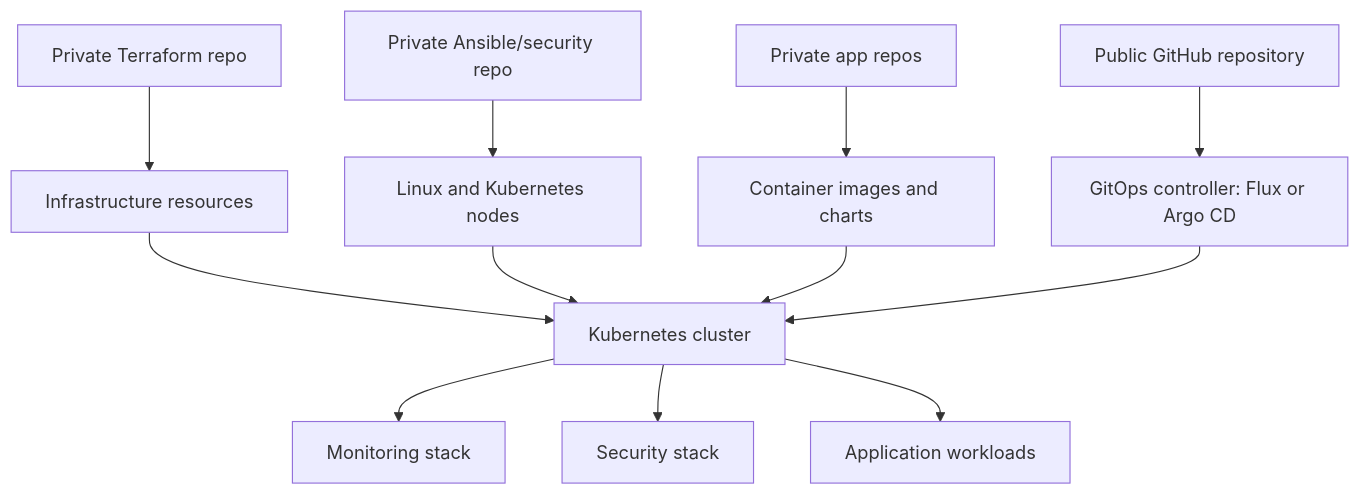
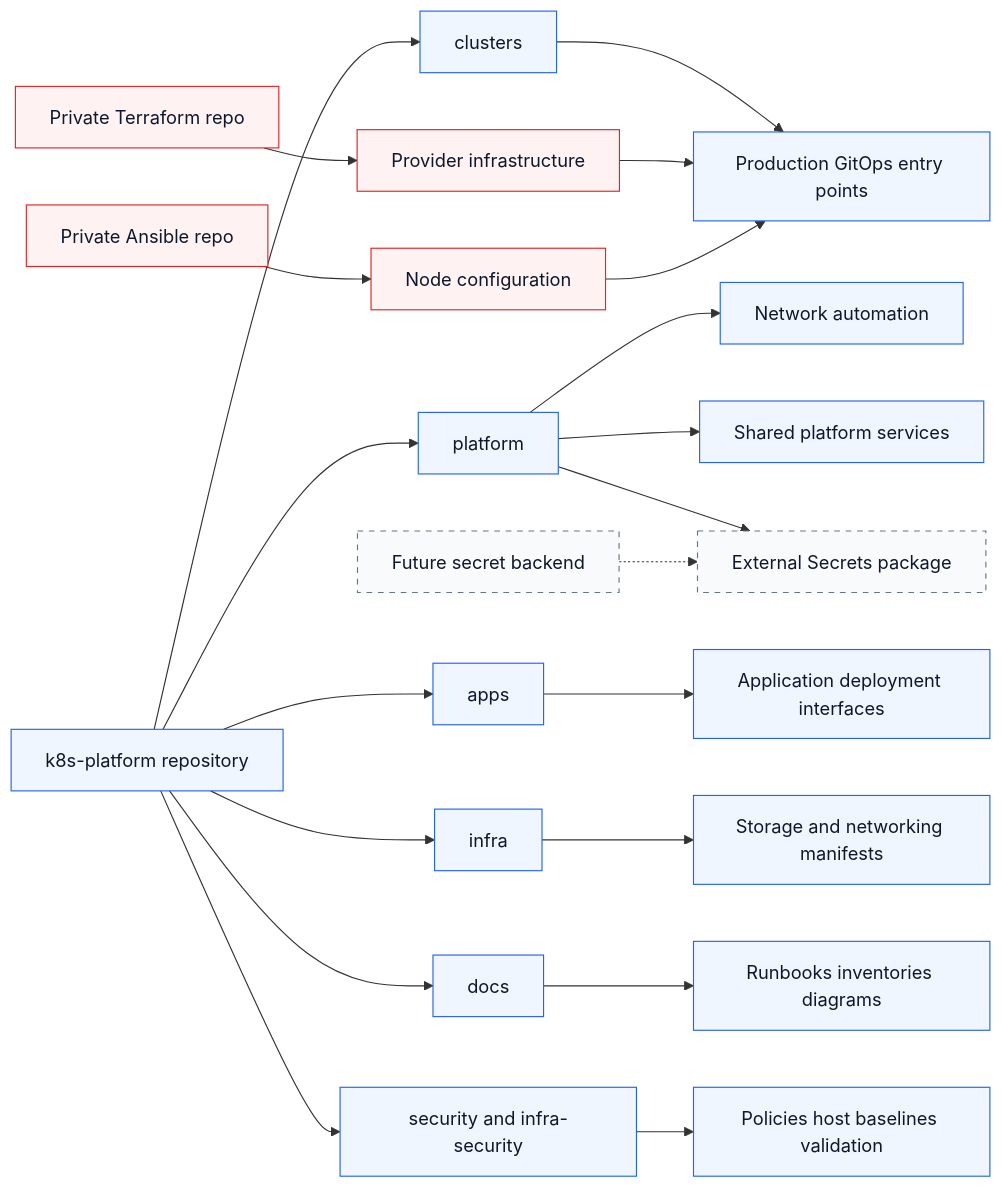
The second of 3 diagrams in docs/diagrams/platform-architecture.md (TheDivine/k8s-platform), drawn with Mermaid before and after one commit. The commit also changed other lines of this file and 14 other files, not shown here.

Commit message:
docs: consolidate platform architecture and runbooks

````diff
--- a/docs/diagrams/platform-architecture.md
+++ b/docs/diagrams/platform-architecture.md
@@ -5,21 +70,34 @@
 ```mermaid
-flowchart TB
-    github[Public GitHub repository]
-    privateTf[Private Terraform repo]
-    privateAnsible[Private Ansible/security repo]
-    privateApps[Private app repos]
+flowchart LR
+    repo[k8s-platform repository]
 
-    github --> gitops[GitOps controller: Flux or Argo CD]
-    privateTf --> infra[Infrastructure resources]
-    privateAnsible --> nodes[Linux and Kubernetes nodes]
-    privateApps --> images[Container images and charts]
+    repo --> clusters[clusters]
+    repo --> platform[platform]
+    repo --> apps[apps]
+    repo --> infra[infra]
+    repo --> docs[docs]
+    repo --> security[security and infra-security]
 
-    infra --> cluster[Kubernetes cluster]
-    nodes --> cluster
-    images --> cluster
-    gitops --> cluster
+    clusters --> entry[Production GitOps entry points]
+    platform --> network[Network automation]
+    platform --> shared[Shared platform services]
+    platform --> secretplan[External Secrets package]
+    apps --> workloads[Application deployment interfaces]
+    infra --> adjacent[Storage and networking manifests]
+    docs --> runbooks[Runbooks inventories diagrams]
+    security --> controls[Policies host baselines validation]
 
-    cluster --> monitoring[Monitoring stack]
-    cluster --> security[Security stack]
-    cluster --> workloads[Application workloads]
+    privateTf[Private Terraform repo] --> provider[Provider infrastructure]
+    privateAnsible[Private Ansible repo] --> nodes[Node configuration]
+    secretBackend[Future secret backend] -.-> secretplan
+
+    provider --> entry
+    nodes --> entry
+
+    classDef public fill:#eff6ff,stroke:#2563eb,color:#0f172a;
+    classDef private fill:#fef2f2,stroke:#dc2626,color:#0f172a;
+    classDef planned fill:#f8fafc,stroke:#64748b,color:#0f172a,stroke-dasharray: 5 5;
+    class repo,clusters,platform,apps,infra,docs,security,entry,network,shared,workloads,adjacent,runbooks,controls public;
+    class privateTf,privateAnsible,provider,nodes private;
+    class secretBackend,secretplan planned;
 ```
````
